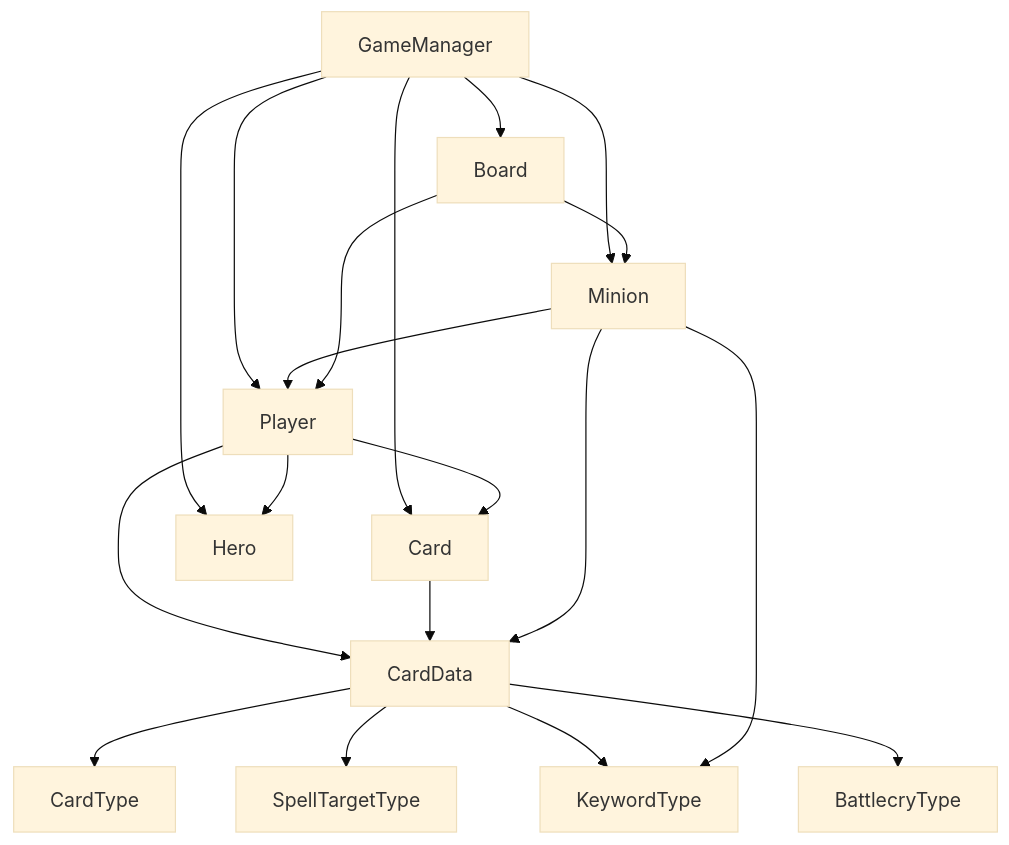
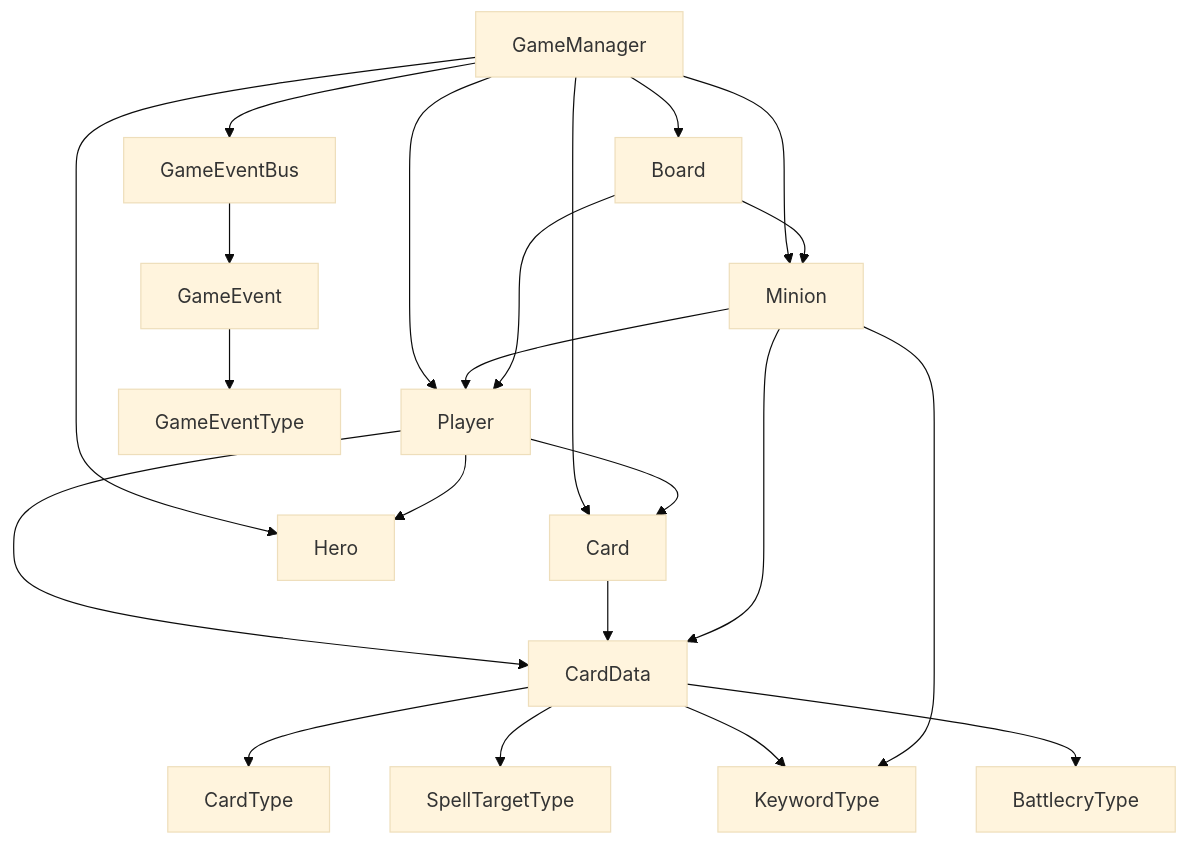
One commit to ZHStatic/HearthstoneClone changed the diagram in Docs/02_CoreArchitecture.md. Above: the diagram before and after it, drawn with Mermaid (base theme). The commit also changed other lines of this file and 12 other files, not shown here.

````diff
--- a/Docs/02_CoreArchitecture.md
+++ b/Docs/02_CoreArchitecture.md
@@ -63,26 +66,30 @@
 ```mermaid
 flowchart TD
     GameManager --> Player
     GameManager --> Board
     GameManager --> Card
     GameManager --> Minion
     GameManager --> Hero
+    GameManager --> GameEventBus
+
+    GameEventBus --> GameEvent
+    GameEvent --> GameEventType
 
     Player --> Hero
     Player --> Card
     Player --> CardData
 
     Card --> CardData
 
     Minion --> CardData
     Minion --> Player
 
     Board --> Player
     Board --> Minion
 
     CardData --> CardType
     CardData --> SpellTargetType
     CardData --> KeywordType
     CardData --> BattlecryType
     Minion --> KeywordType
 ```
````
